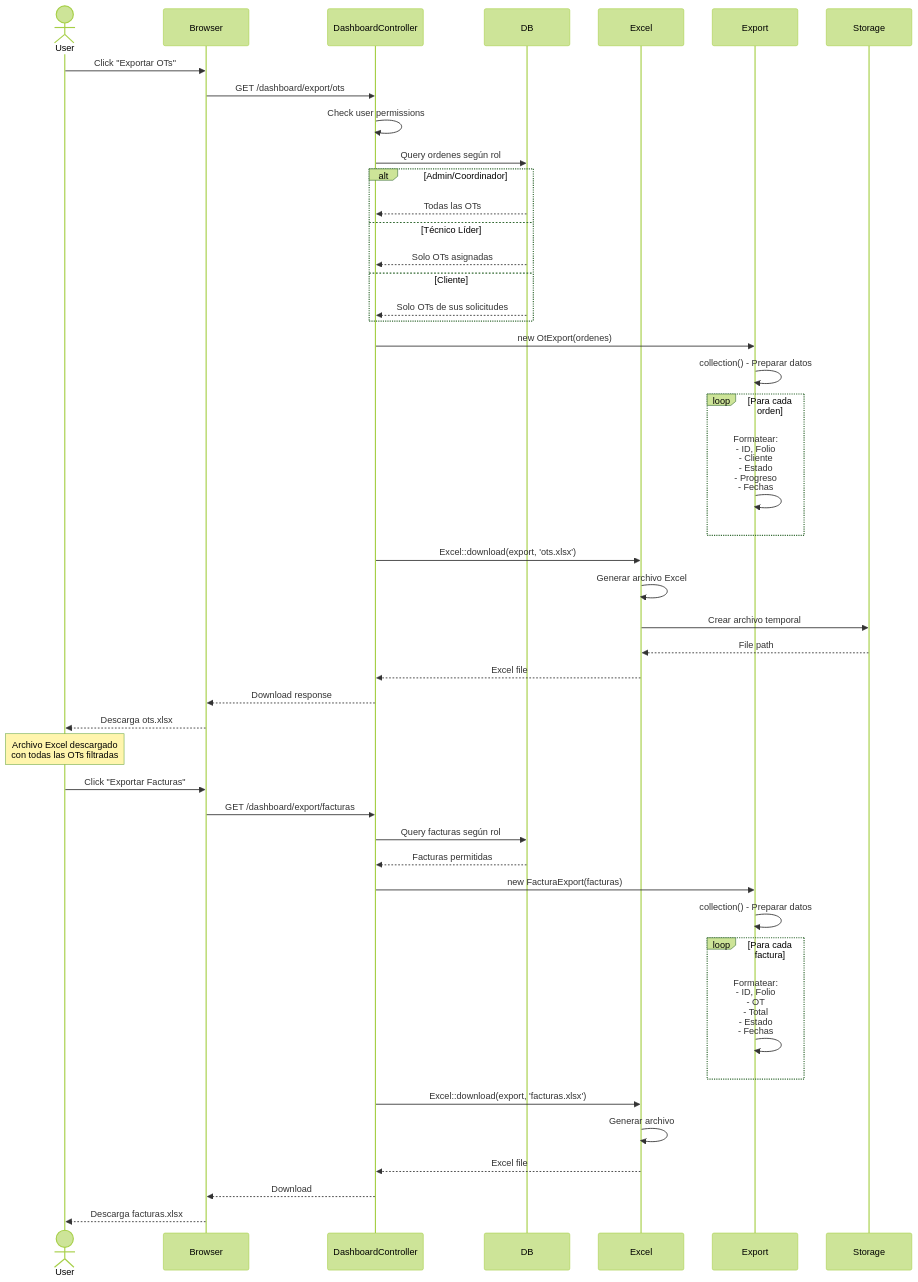
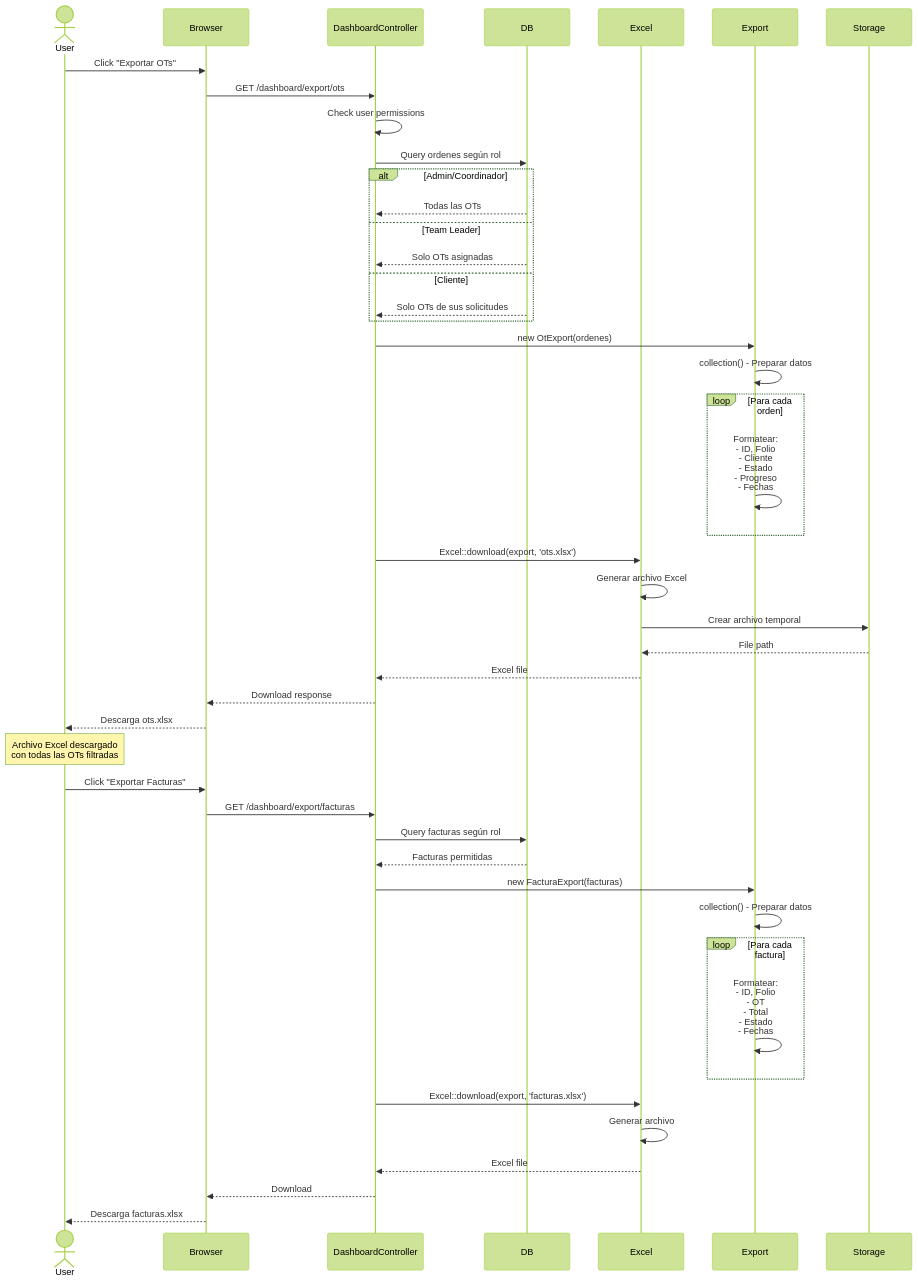
Before and after one commit to ABFORTI/UPPER_CONTROL: the ninth of 12 diagrams in DIAGRAMAS_SECUENCIA.md, drawn with Mermaid (forest theme). The commit also changed other lines of this file and 6 other files, not shown here.

Commit message:
docs: actualizar terminología a Team Leader y simplificar flujo de facturación

````diff
--- a/DIAGRAMAS_SECUENCIA.md
+++ b/DIAGRAMAS_SECUENCIA.md
@@ -569,62 +516,62 @@
 ```mermaid
 sequenceDiagram
     actor User
     participant Browser
     participant DashboardController
     participant DB
     participant Excel
     participant Export
     participant Storage
 
     User->>Browser: Click "Exportar OTs"
     Browser->>DashboardController: GET /dashboard/export/ots
     
     DashboardController->>DashboardController: Check user permissions
     
     DashboardController->>DB: Query ordenes según rol
     
     alt Admin/Coordinador
         DB-->>DashboardController: Todas las OTs
-    else Técnico Líder
+    else Team Leader
         DB-->>DashboardController: Solo OTs asignadas
     else Cliente
         DB-->>DashboardController: Solo OTs de sus solicitudes
     end
     
     DashboardController->>Export: new OtExport(ordenes)
     Export->>Export: collection() - Preparar datos
     
     loop Para cada orden
         Export->>Export: Formatear:<br/>- ID, Folio<br/>- Cliente<br/>- Estado<br/>- Progreso<br/>- Fechas
     end
     
     DashboardController->>Excel: Excel::download(export, 'ots.xlsx')
     Excel->>Excel: Generar archivo Excel
     Excel->>Storage: Crear archivo temporal
     Storage-->>Excel: File path
     
     Excel-->>DashboardController: Excel file
     DashboardController-->>Browser: Download response
     Browser-->>User: Descarga ots.xlsx
     
     Note over User: Archivo Excel descargado<br/>con todas las OTs filtradas
     
     User->>Browser: Click "Exportar Facturas"
     Browser->>DashboardController: GET /dashboard/export/facturas
     
     DashboardController->>DB: Query facturas según rol
     DB-->>DashboardController: Facturas permitidas
     
     DashboardController->>Export: new FacturaExport(facturas)
     Export->>Export: collection() - Preparar datos
     
     loop Para cada factura
         Export->>Export: Formatear:<br/>- ID, Folio<br/>- OT<br/>- Total<br/>- Estado<br/>- Fechas
     end
     
     DashboardController->>Excel: Excel::download(export, 'facturas.xlsx')
     Excel->>Excel: Generar archivo
     Excel-->>DashboardController: Excel file
     DashboardController-->>Browser: Download
     Browser-->>User: Descarga facturas.xlsx
 ```
````
